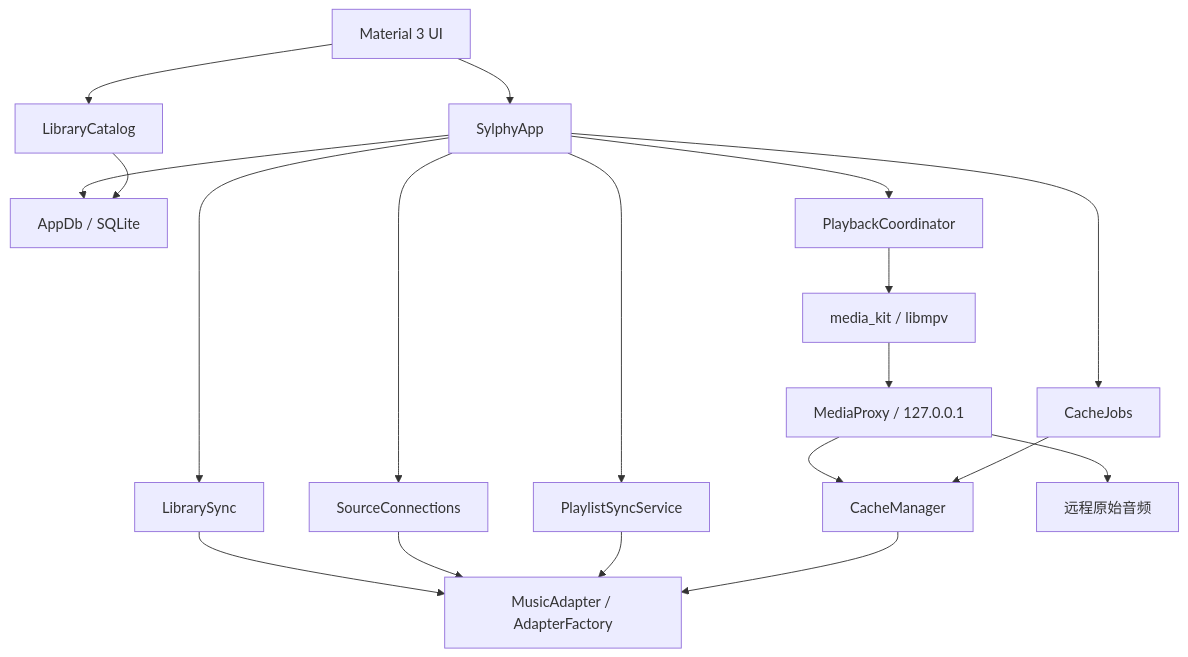
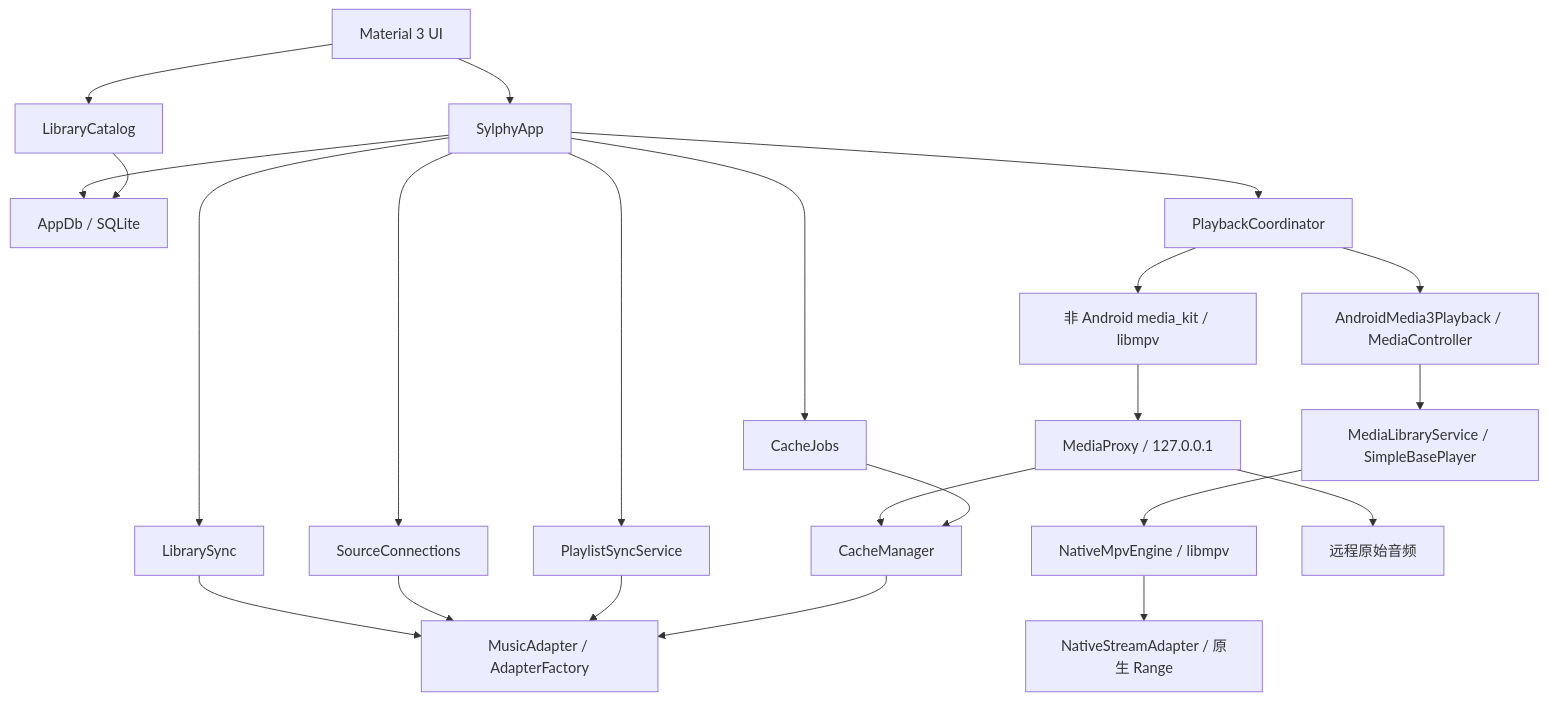
One commit to ymltsh/SylphyMusic changed the diagram in docs/ARCHITECTURE.md. Above: the diagram before and after it, drawn with Mermaid. The commit also changed other lines of this file and 30 other files, not shown here.

````diff
--- a/docs/ARCHITECTURE.md
+++ b/docs/ARCHITECTURE.md
@@ -7,21 +7,25 @@
 ```mermaid
 flowchart TD
   UI[Material 3 UI] --> App[SylphyApp]
   UI --> Catalog[LibraryCatalog]
   App --> DB[AppDb / SQLite]
   Catalog --> DB
   App --> Index[LibrarySync]
   App --> Connections[SourceConnections]
   Index --> Adapters[MusicAdapter / AdapterFactory]
   Connections --> Adapters
   App --> Cloud[PlaylistSyncService]
   Cloud --> Adapters
   App --> Playback[PlaybackCoordinator]
-  Playback --> Native[media_kit / libmpv]
+  Playback --> Gateway[AndroidMedia3Playback / MediaController]
+  Gateway --> Session[MediaLibraryService / SimpleBasePlayer]
+  Session --> AndroidMpv[NativeMpvEngine / libmpv]
+  AndroidMpv --> NativeRange[NativeStreamAdapter / 原生 Range]
+  Playback --> Native[非 Android media_kit / libmpv]
   Native --> Proxy[MediaProxy / 127.0.0.1]
   Proxy --> Cache[CacheManager]
   Proxy --> Origin[远程原始音频]
   App --> Jobs[CacheJobs]
   Jobs --> Cache
   Cache --> Adapters
 ```
````
